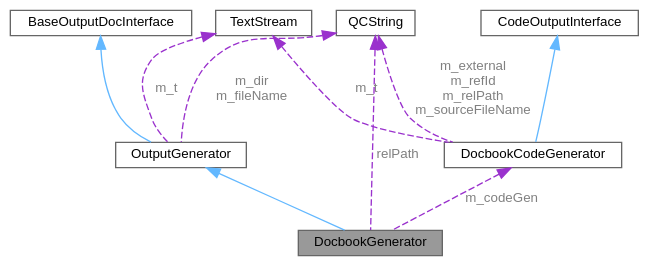
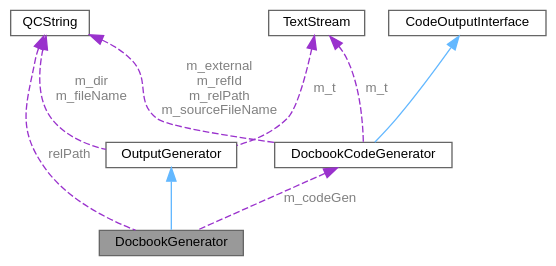
One commit to tim-gromeyer/doxygen changed the diagram in d7/d11/class_docbook_generator__coll__graph.dot. Above: the diagram before and after it, drawn with Graphviz. The commit also changed 3637 other files, not shown here.

```diff
--- a/d7/d11/class_docbook_generator__coll__graph.dot
+++ b/d7/d11/class_docbook_generator__coll__graph.dot
@@ -1,24 +1,22 @@
 digraph "DocbookGenerator"
 {
  // INTERACTIVE_SVG=YES
  // LATEX_PDF_SIZE
   bgcolor="transparent";
   edge [fontname=Helvetica,fontsize=10,labelfontname=Helvetica,labelfontsize=10];
   node [fontname=Helvetica,fontsize=10,shape=box,height=0.2,width=0.4];
   Node1 [label="DocbookGenerator",height=0.2,width=0.4,color="gray40", fillcolor="grey60", style="filled", fontcolor="black",tooltip=" "];
   Node2 -> Node1 [dir="back",color="steelblue1",style="solid"];
   Node2 [label="OutputGenerator",height=0.2,width=0.4,color="gray40", fillcolor="white", style="filled",URL="$d3/d8e/class_output_generator.html",tooltip="Abstract output generator."];
-  Node3 -> Node2 [dir="back",color="steelblue1",style="solid"];
-  Node3 [label="BaseOutputDocInterface",height=0.2,width=0.4,color="gray40", fillcolor="white", style="filled",URL="$df/d27/class_base_output_doc_interface.html",tooltip="Base Interface used for generating output outside of the comment blocks."];
-  Node4 -> Node2 [dir="back",color="darkorchid3",style="dashed",label=" m_t",fontcolor="grey" ];
-  Node4 [label="TextStream",height=0.2,width=0.4,color="gray40", fillcolor="white", style="filled",URL="$d3/d30/class_text_stream.html",tooltip="Text streaming class that buffers data."];
-  Node5 -> Node2 [dir="back",color="darkorchid3",style="dashed",label=" m_dir\nm_fileName",fontcolor="grey" ];
-  Node5 [label="QCString",height=0.2,width=0.4,color="gray40", fillcolor="white", style="filled",URL="$d9/d45/class_q_c_string.html",tooltip="This is an alternative implementation of QCString."];
-  Node5 -> Node1 [dir="back",color="darkorchid3",style="dashed",label=" relPath",fontcolor="grey" ];
-  Node6 -> Node1 [dir="back",color="darkorchid3",style="dashed",label=" m_codeGen",fontcolor="grey" ];
-  Node6 [label="DocbookCodeGenerator",height=0.2,width=0.4,color="gray40", fillcolor="white", style="filled",URL="$d7/d80/class_docbook_code_generator.html",tooltip=" "];
-  Node7 -> Node6 [dir="back",color="steelblue1",style="solid"];
-  Node7 [label="CodeOutputInterface",height=0.2,width=0.4,color="gray40", fillcolor="white", style="filled",URL="$d5/d9c/class_code_output_interface.html",tooltip="Output interface for code parser."];
-  Node4 -> Node6 [dir="back",color="darkorchid3",style="dashed",label=" m_t",fontcolor="grey" ];
-  Node5 -> Node6 [dir="back",color="darkorchid3",style="dashed",label=" m_external\nm_refId\nm_relPath\nm_sourceFileName",fontcolor="grey" ];
+  Node3 -> Node2 [dir="back",color="darkorchid3",style="dashed",label=" m_t",fontcolor="grey" ];
+  Node3 [label="TextStream",height=0.2,width=0.4,color="gray40", fillcolor="white", style="filled",URL="$d3/d30/class_text_stream.html",tooltip="Text streaming class that buffers data."];
+  Node4 -> Node2 [dir="back",color="darkorchid3",style="dashed",label=" m_dir\nm_fileName",fontcolor="grey" ];
+  Node4 [label="QCString",height=0.2,width=0.4,color="gray40", fillcolor="white", style="filled",URL="$d9/d45/class_q_c_string.html",tooltip="This is an alternative implementation of QCString."];
+  Node4 -> Node1 [dir="back",color="darkorchid3",style="dashed",label=" relPath",fontcolor="grey" ];
+  Node5 -> Node1 [dir="back",color="darkorchid3",style="dashed",label=" m_codeGen",fontcolor="grey" ];
+  Node5 [label="DocbookCodeGenerator",height=0.2,width=0.4,color="gray40", fillcolor="white", style="filled",URL="$d7/d80/class_docbook_code_generator.html",tooltip=" "];
+  Node6 -> Node5 [dir="back",color="steelblue1",style="solid"];
+  Node6 [label="CodeOutputInterface",height=0.2,width=0.4,color="gray40", fillcolor="white", style="filled",URL="$d5/d9c/class_code_output_interface.html",tooltip="Output interface for code parser."];
+  Node3 -> Node5 [dir="back",color="darkorchid3",style="dashed",label=" m_t",fontcolor="grey" ];
+  Node4 -> Node5 [dir="back",color="darkorchid3",style="dashed",label=" m_external\nm_refId\nm_relPath\nm_sourceFileName",fontcolor="grey" ];
 }
```
